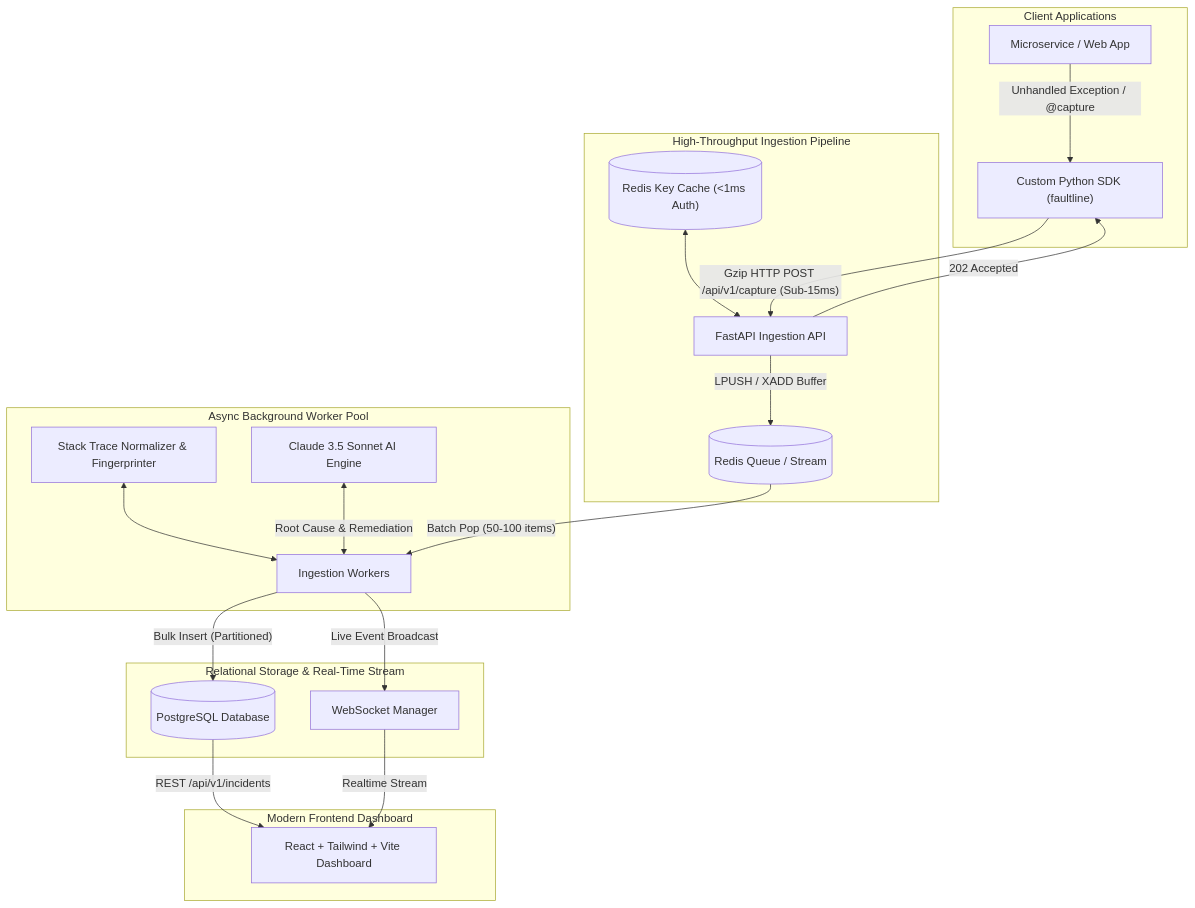
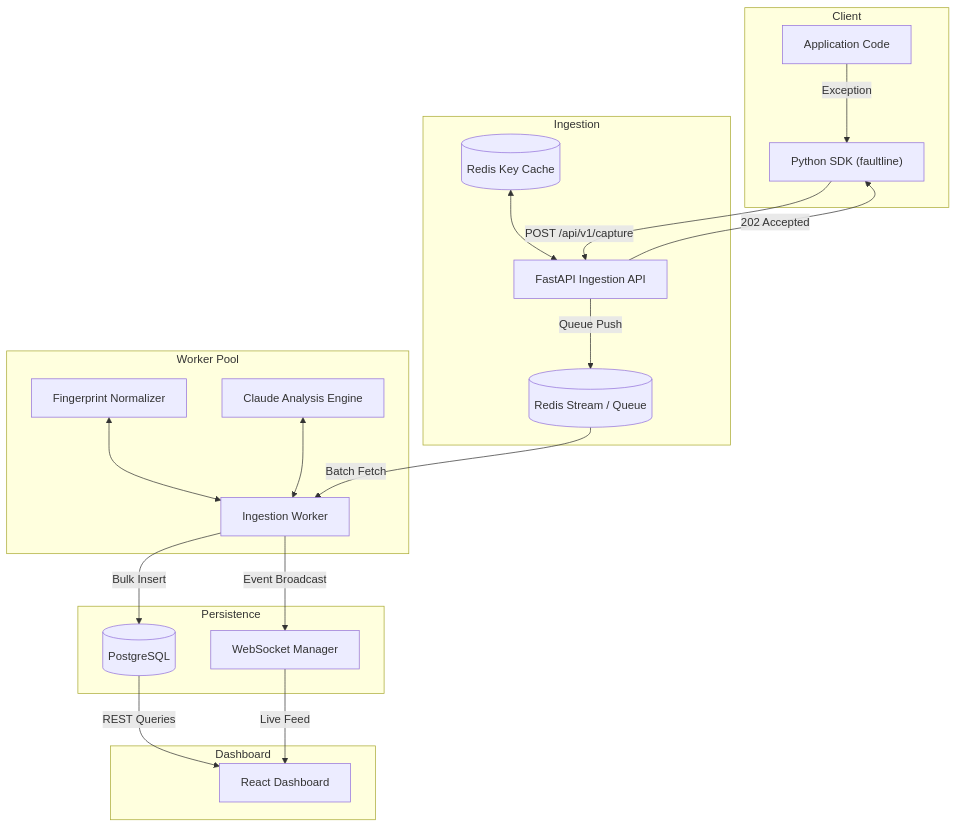
One commit to dhathrivaddiraju/faultline changed the diagram in README.md. Above: the diagram before and after it, drawn with Mermaid. The commit also changed other lines of this file and 31 other files, not shown here.

````diff
--- a/README.md
+++ b/README.md
@@ -19,31 +7,31 @@
 ```mermaid
 flowchart TD
-    subgraph Client Applications
-        APP["Microservice / Web App"]
-        SDK["Custom Python SDK (faultline)"]
-        APP -->|Unhandled Exception / @capture| SDK
+    subgraph Client
+        APP["Application Code"]
+        SDK["Python SDK (faultline)"]
+        APP -->|Exception| SDK
     end
 
-    subgraph High-Throughput Ingestion Pipeline
-        SDK -->|"Gzip HTTP POST /api/v1/capture (Sub-15ms)"| INGEST["FastAPI Ingestion API"]
-        CACHE[("Redis Key Cache (<1ms Auth)")] <--> INGEST
-        INGEST -->|"LPUSH / XADD Buffer"| STREAM[("Redis Queue / Stream")]
-        INGEST -->|"202 Accepted"| SDK
+    subgraph Ingestion
+        SDK -->|"POST /api/v1/capture"| API["FastAPI Ingestion API"]
+        CACHE[("Redis Key Cache")] <--> API
+        API -->|"Queue Push"| QUEUE[("Redis Stream / Queue")]
+        API -->|"202 Accepted"| SDK
     end
 
-    subgraph Async Background Worker Pool
-        STREAM -->|"Batch Pop (50-100 items)"| WORKER["Ingestion Workers"]
-        NORM["Stack Trace Normalizer & Fingerprinter"] <--> WORKER
-        AI_SVC["Claude 3.5 Sonnet AI Engine"] <-->|Root Cause & Remediation| WORKER
+    subgraph Worker Pool
+        QUEUE -->|"Batch Fetch"| WORKER["Ingestion Worker"]
+        NORM["Fingerprint Normalizer"] <--> WORKER
+        LLM["Claude Analysis Engine"] <--> WORKER
     end
 
-    subgraph Relational Storage & Real-Time Stream
-        WORKER -->|"Bulk Insert (Partitioned)"| PG[("PostgreSQL Database")]
-        WORKER -->|"Live Event Broadcast"| WS["WebSocket Manager"]
+    subgraph Persistence
+        WORKER -->|"Bulk Insert"| DB[("PostgreSQL")]
+        WORKER -->|"Event Broadcast"| WS["WebSocket Manager"]
     end
 
-    subgraph Modern Frontend Dashboard
-        WS -->|"Realtime Stream"| UI["React + Tailwind + Vite Dashboard"]
-        PG -->|"REST /api/v1/incidents"| UI
+    subgraph Dashboard
+        WS -->|"Live Feed"| UI["React Dashboard"]
+        DB -->|"REST Queries"| UI
     end
 ```
````
